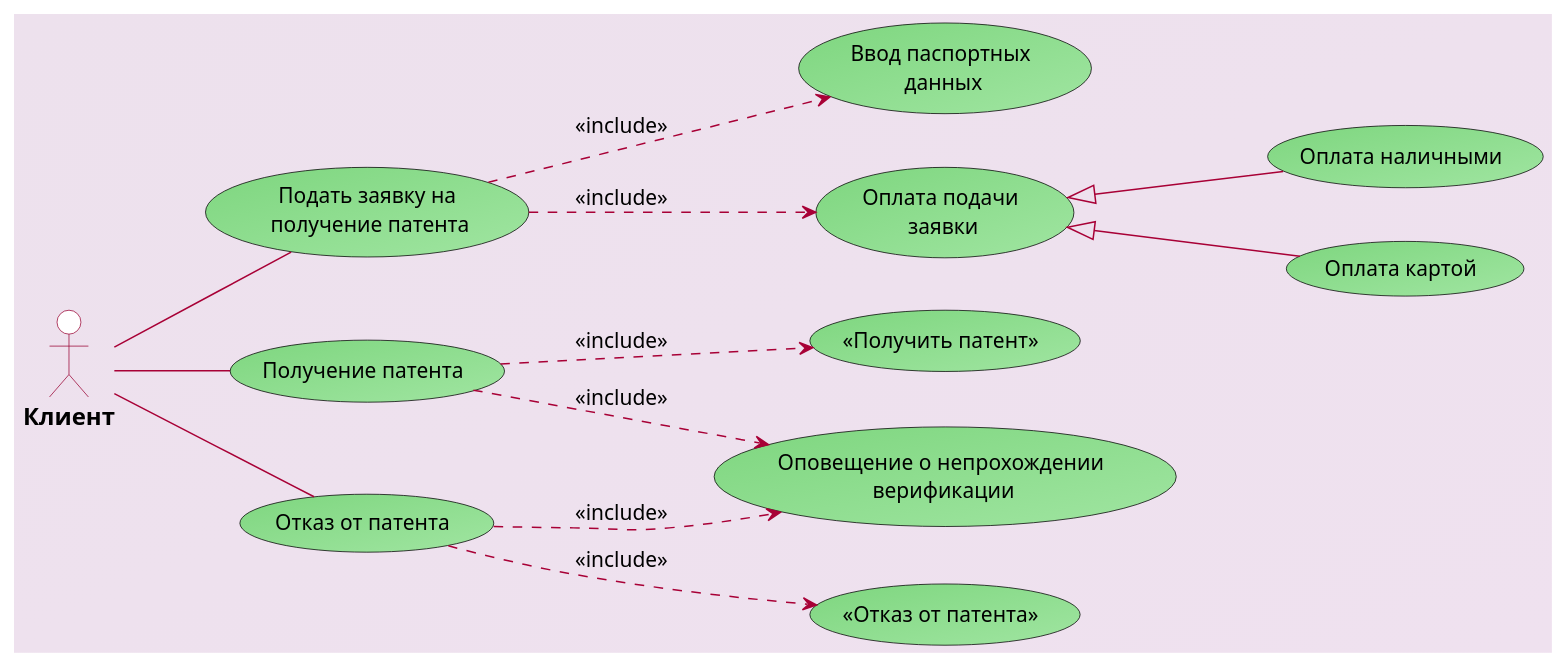
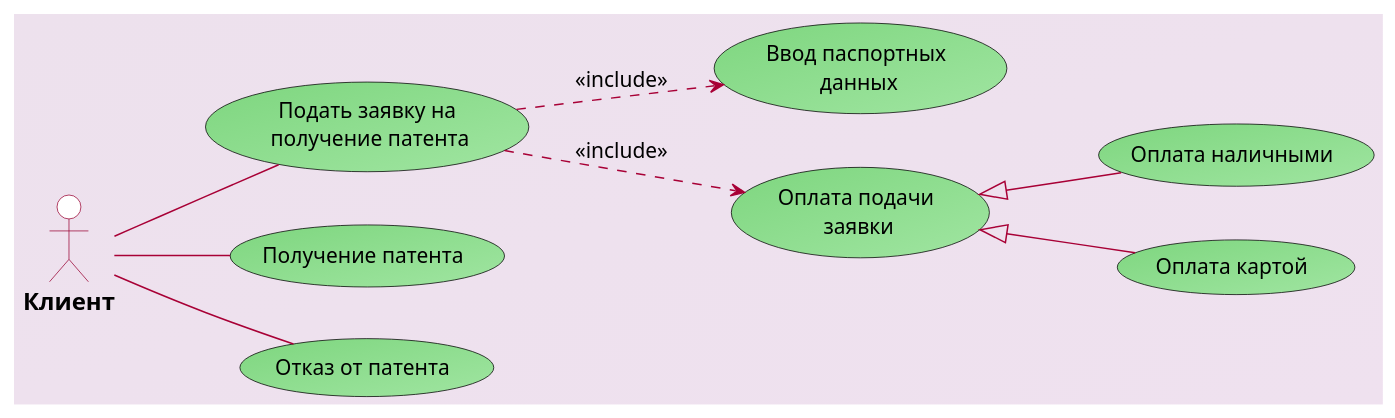
Before and after one commit to DenisFV/Architect: the diagram in uml-diagrams/core/UseCasesClientDiagram.puml, drawn with PlantUML. The commit also changed 7 other files, not shown here.

Commit message:
Fix diagrams

```diff
--- a/uml-diagrams/core/UseCasesClientDiagram.puml
+++ b/uml-diagrams/core/UseCasesClientDiagram.puml
@@ -1,59 +1,43 @@
 @startuml
 scale 1.1
 left to right direction
 
 skinparam {
 backgroundColor #ede1ed/#efe1ef
 
 usecaseBackgroundColor #7ed67f/#a0e5a1
 usecasebordercolor black
 usecaseFontName calibri
 usecaseFontSize 14
 
 ActorBackgroundColor white
 ActorBordercolor #990434
 actorFontSize 16
 actorFontStyle bold
 
 arrowColor #A80036
 arrowFontSize 14
 }
 
 
 actor Клиент as client
 
-
 usecase "Подать заявку на\n получение патента" as apply
-
 usecase "Ввод паспортных\n данных" as passport
 usecase "Оплата подачи\n заявки" as payApply
 usecase "Оплата наличными" as payCash
 usecase "Оплата картой" as payCard
-
-
 usecase "Получение патента" as getP
 usecase "Отказ от патента" as endP
-
-usecase "Оповещение о непрохождении\n верификации" as verif
-usecase "<<Получить патент>>" as getPClick
-usecase "<<Отказ от патента>>" as endPClick
-
-
 
 client -- apply
 client -- getP
 client -- endP
 
 apply ..> passport : <<include>>
 apply ..> payApply : <<include>>
 
 payApply <|-- payCash
 payApply <|-- payCard
 
-getP ..> verif : <<include>>
-getP ..> getPClick : <<include>>
-
-endP ..> verif : <<include>>
-endP ..> endPClick : <<include>>
-
 @enduml
```
